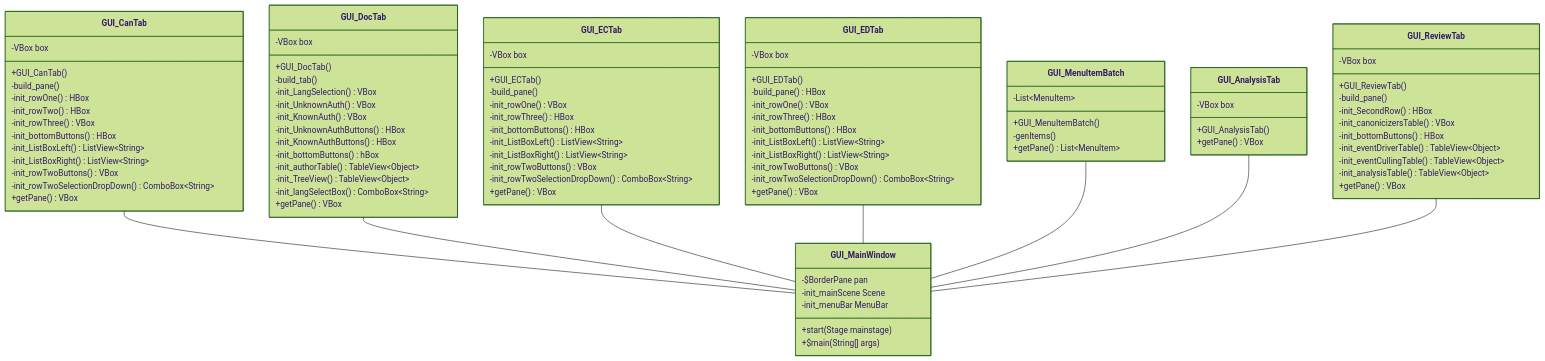
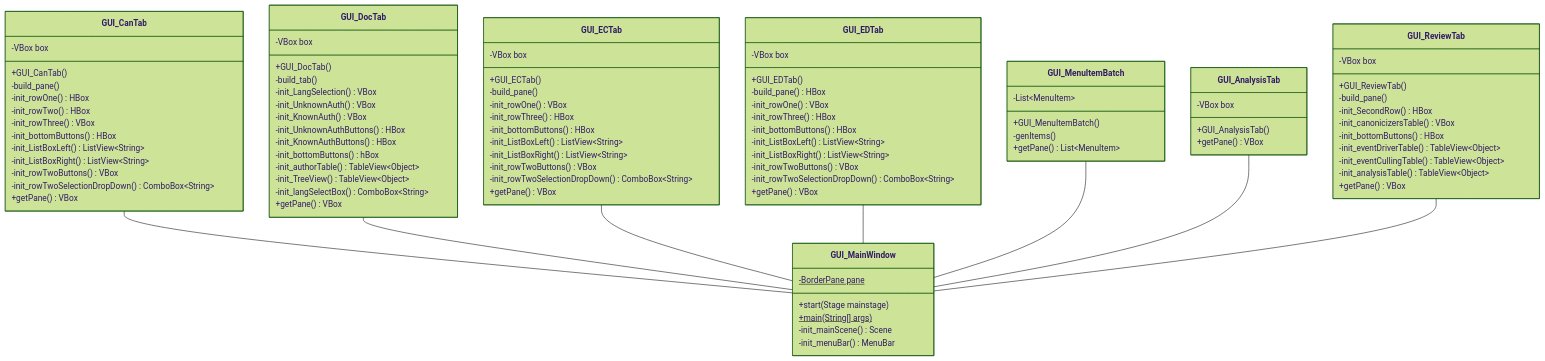
Before and after one commit to IComplainInComments/JGAAP_JavaFX: the diagram in Design.md, drawn with Mermaid (forest theme).

```diff
--- a/Design.md
+++ b/Design.md
@@ -68,11 +68,11 @@
         +getPane() VBox
     }
     class GUI_MainWindow{
-        -$BorderPane pan
+        -BorderPane pane$
         +start(Stage mainstage)
-        +$main(String[] args)
-        -init_mainScene Scene
-        -init_menuBar MenuBar
+        +main(String[] args)$
+        -init_mainScene() Scene
+        -init_menuBar() MenuBar
 
     }
     class GUI_MenuItemBatch{
```
